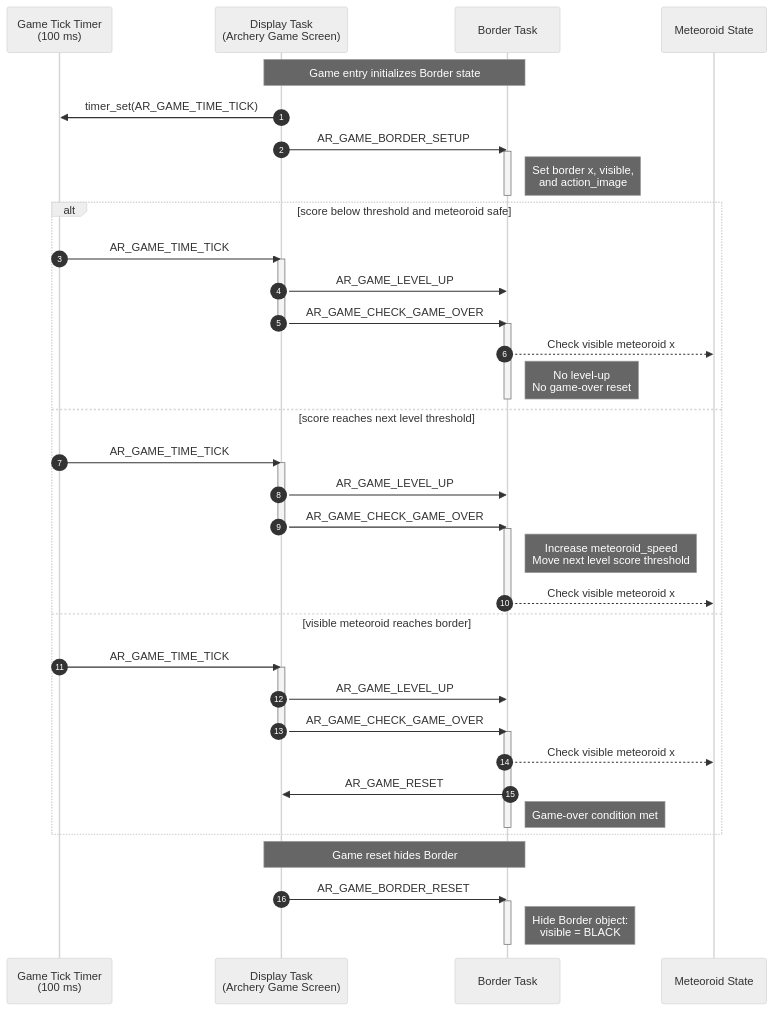
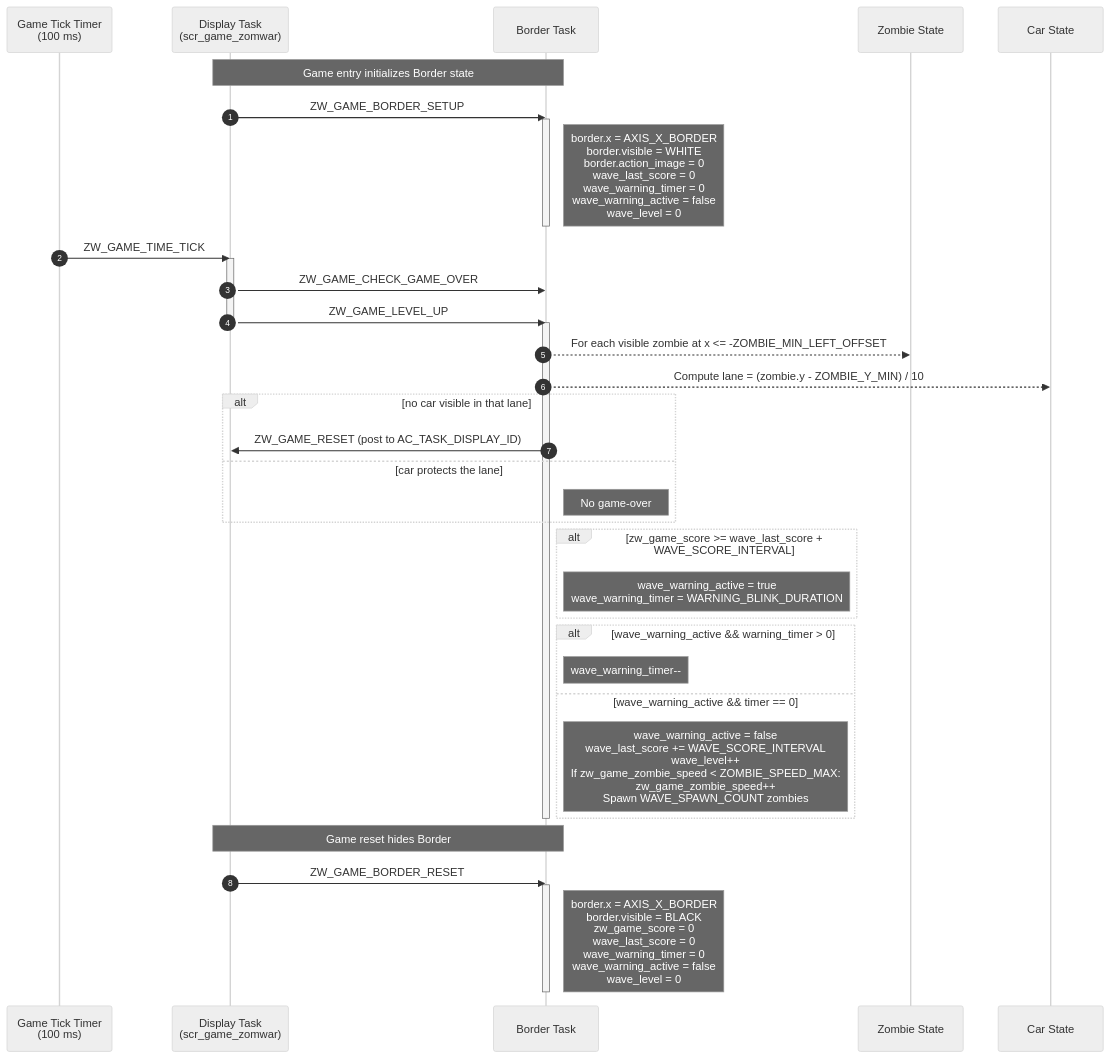
The fifth of 7 diagrams in docs/zw_game_object_sequence.md (caotrongphuoc/mini-clock), drawn with Mermaid (neutral theme) before and after one commit. The commit also changed other lines of this file, not shown here.

Commit message:
[UPDATE] zw_game_object_sequence

````diff
--- a/docs/zw_game_object_sequence.md
+++ b/docs/zw_game_object_sequence.md
@@ -238,56 +237,49 @@
 ```mermaid
 sequenceDiagram
     autonumber
     participant Timer as Game Tick Timer<br/>(100 ms)
-    participant Screen as Display Task<br/>(Archery Game Screen)
+    participant Screen as Display Task<br/>(scr_game_zomwar)
     participant Border as Border Task
-    participant Meteoroid as Meteoroid State
+    participant Zombie as Zombie State
+    participant Car as Car State
 
     Note over Screen,Border: Game entry initializes Border state
 
-    Screen->>Timer: timer_set(AR_GAME_TIME_TICK)
-    Screen->>Border: AR_GAME_BORDER_SETUP
+    Screen->>Border: ZW_GAME_BORDER_SETUP
     activate Border
-    Note right of Border: Set border x, visible,<br/>and action_image
+    Note right of Border: border.x = AXIS_X_BORDER<br/>border.visible = WHITE<br/>border.action_image = 0<br/>wave_last_score = 0<br/>wave_warning_timer = 0<br/>wave_warning_active = false<br/>wave_level = 0
     deactivate Border
 
-    alt score below threshold and meteoroid safe
-        Timer->>Screen: AR_GAME_TIME_TICK
-        activate Screen
-        Screen->>Border: AR_GAME_LEVEL_UP
-        Screen->>Border: AR_GAME_CHECK_GAME_OVER
-        deactivate Screen
-        activate Border
-        Border-->>Meteoroid: Check visible meteoroid x
-        Note right of Border: No level-up<br/>No game-over reset
-        deactivate Border
-    else score reaches next level threshold
-        Timer->>Screen: AR_GAME_TIME_TICK
-        activate Screen
-        Screen->>Border: AR_GAME_LEVEL_UP
-        Screen->>Border: AR_GAME_CHECK_GAME_OVER
-        deactivate Screen
-        activate Border
-        Note right of Border: Increase meteoroid_speed<br/>Move next level score threshold
-        Border-->>Meteoroid: Check visible meteoroid x
-        deactivate Border
-    else visible meteoroid reaches border
-        Timer->>Screen: AR_GAME_TIME_TICK
-        activate Screen
-        Screen->>Border: AR_GAME_LEVEL_UP
-        Screen->>Border: AR_GAME_CHECK_GAME_OVER
-        deactivate Screen
-        activate Border
-        Border-->>Meteoroid: Check visible meteoroid x
-        Border->>Screen: AR_GAME_RESET
-        Note right of Border: Game-over condition met
-        deactivate Border
+    Timer->>Screen: ZW_GAME_TIME_TICK
+    activate Screen
+    Screen->>Border: ZW_GAME_CHECK_GAME_OVER
+    Screen->>Border: ZW_GAME_LEVEL_UP
+    deactivate Screen
+
+    activate Border
+    Border-->>Zombie: For each visible zombie at x <= -ZOMBIE_MIN_LEFT_OFFSET
+    Border-->>Car: Compute lane = (zombie.y - ZOMBIE_Y_MIN) / 10
+
+    alt no car visible in that lane
+        Border->>Screen: ZW_GAME_RESET (post to AC_TASK_DISPLAY_ID)
+    else car protects the lane
+        Note right of Border: No game-over
     end
+
+    alt zw_game_score >= wave_last_score + WAVE_SCORE_INTERVAL
+        Note right of Border: wave_warning_active = true<br/>wave_warning_timer = WARNING_BLINK_DURATION
+    end
+    alt wave_warning_active && warning_timer > 0
+        Note right of Border: wave_warning_timer--
+    else wave_warning_active && timer == 0
+        Note right of Border: wave_warning_active = false<br/>wave_last_score += WAVE_SCORE_INTERVAL<br/>wave_level++<br/>If zw_game_zombie_speed < ZOMBIE_SPEED_MAX:<br/>zw_game_zombie_speed++<br/>Spawn WAVE_SPAWN_COUNT zombies
+    end
+    deactivate Border
 
     Note over Screen,Border: Game reset hides Border
 
-    Screen->>Border: AR_GAME_BORDER_RESET
+    Screen->>Border: ZW_GAME_BORDER_RESET
     activate Border
-    Note right of Border: Hide Border object:<br/>visible = BLACK
+    Note right of Border: border.x = AXIS_X_BORDER<br/>border.visible = BLACK<br/>zw_game_score = 0<br/>wave_last_score = 0<br/>wave_warning_timer = 0<br/>wave_warning_active = false<br/>wave_level = 0
     deactivate Border
 ```
````
